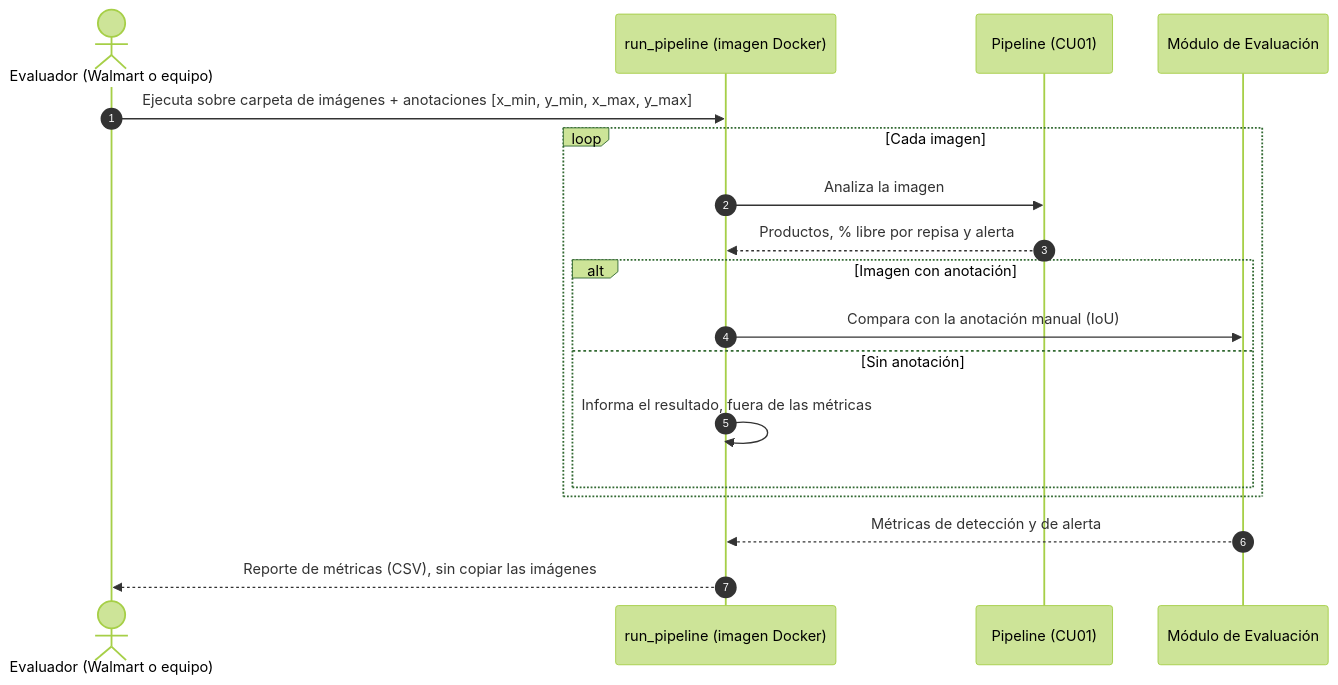
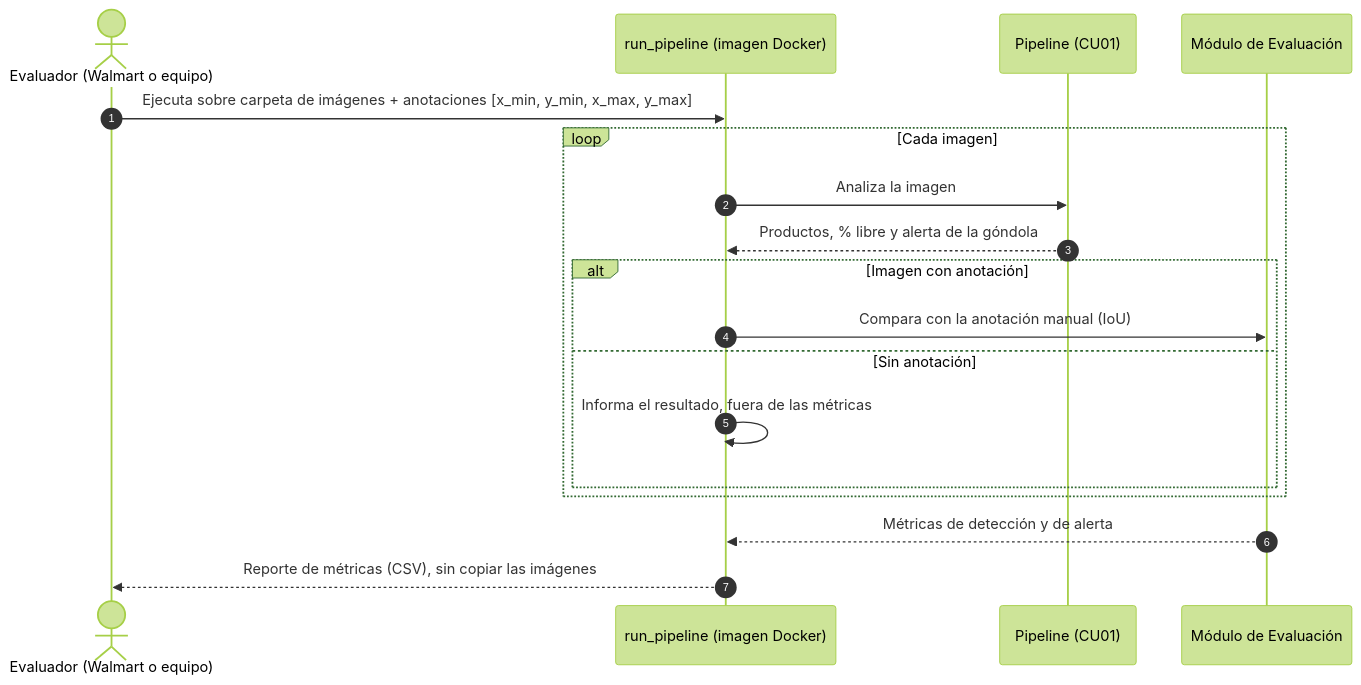
Before and after one commit to marianapeachy/capstone: the diagram in Anexos/Diseño/Diagramas fuente (Mermaid)/Diagrama C.U 07.mmd, drawn with Mermaid (forest theme). The commit also changed 26 other files, not shown here.

```diff
--- a/Anexos/Diseño/Diagramas fuente (Mermaid)/Diagrama C.U 07.mmd
+++ b/Anexos/Diseño/Diagramas fuente (Mermaid)/Diagrama C.U 07.mmd
@@ -1,18 +1,18 @@
 sequenceDiagram
     autonumber
     actor Ev as Evaluador (Walmart o equipo)
     participant CLI as run_pipeline (imagen Docker)
     participant Pipe as Pipeline (CU01)
     participant Met as Módulo de Evaluación
     Ev->>CLI: Ejecuta sobre carpeta de imágenes + anotaciones [x_min, y_min, x_max, y_max]
     loop Cada imagen
         CLI->>Pipe: Analiza la imagen
-        Pipe-->>CLI: Productos, % libre por repisa y alerta
+        Pipe-->>CLI: Productos, % libre y alerta de la góndola
         alt Imagen con anotación
             CLI->>Met: Compara con la anotación manual (IoU)
         else Sin anotación
             CLI->>CLI: Informa el resultado, fuera de las métricas
         end
     end
     Met-->>CLI: Métricas de detección y de alerta
     CLI-->>Ev: Reporte de métricas (CSV), sin copiar las imágenes
```
